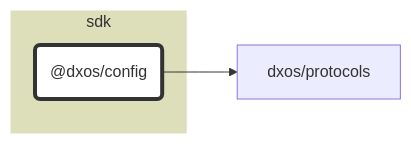
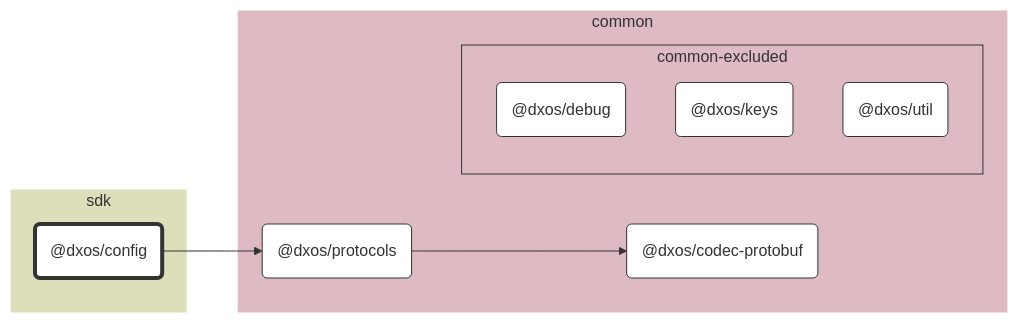
Before and after one commit to dxos/dxos: the diagram in packages/sdk/config/docs/README.md, drawn with Mermaid. The commit also changed 69 other files, not shown here.

````diff
--- a/packages/sdk/config/docs/README.md
+++ b/packages/sdk/config/docs/README.md
@@ -7,21 +7,40 @@
 ```mermaid
 %%{ init: {'flowchart':{'curve':'basis'}} }%%
 
 flowchart LR
 
 %% Classes
 classDef def fill:#fff,stroke:#333,stroke-width:1px
 classDef root fill:#fff,stroke:#333,stroke-width:4px
 
 %% Nodes
 
 subgraph sdk [sdk]
   style sdk fill:#dddeba,stroke:#fff
   dxos/config("@dxos/config"):::root
   click dxos/config "dxos/dxos/tree/main/packages/sdk/config/docs"
 end
 
+subgraph common [common]
+  style common fill:#debac2,stroke:#fff
+  dxos/codec-protobuf("@dxos/codec-protobuf"):::def
+  click dxos/codec-protobuf "dxos/dxos/tree/main/packages/common/codec-protobuf/docs"
+  dxos/protocols("@dxos/protocols"):::def
+  click dxos/protocols "dxos/dxos/tree/main/packages/common/protocols/docs"
+
+  subgraph common-excluded [common-excluded]
+    style common-excluded fill:#debac2,stroke:#333,stroke-dashed:5 5
+    dxos/debug("@dxos/debug"):::def
+    click dxos/debug "dxos/dxos/tree/main/packages/common/debug/docs"
+    dxos/keys("@dxos/keys"):::def
+    click dxos/keys "dxos/dxos/tree/main/packages/common/keys/docs"
+    dxos/util("@dxos/util"):::def
+    click dxos/util "dxos/dxos/tree/main/packages/common/util/docs"
+  end
+end
+
 %% Links
 linkStyle default stroke:#333,stroke-width:1px
 dxos/config --> dxos/protocols
+dxos/protocols --> dxos/codec-protobuf
 ```
````
